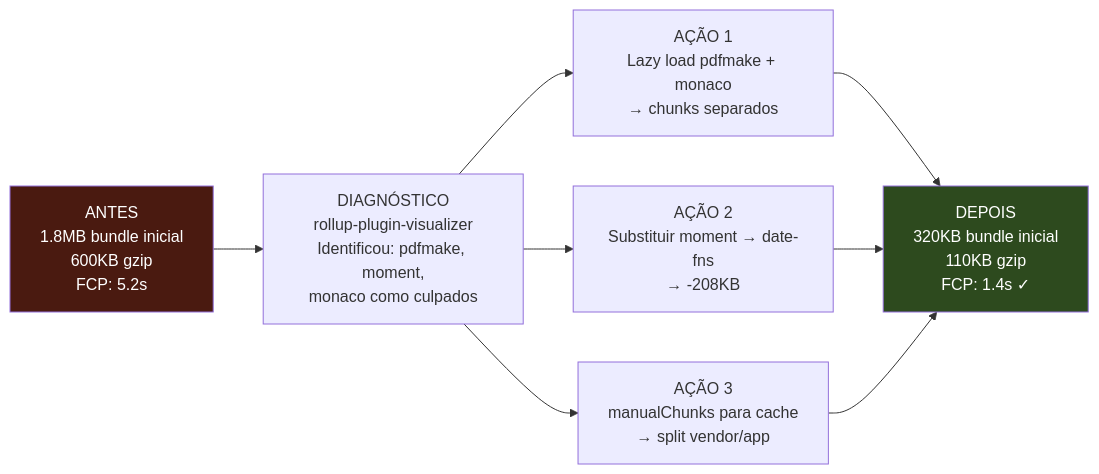
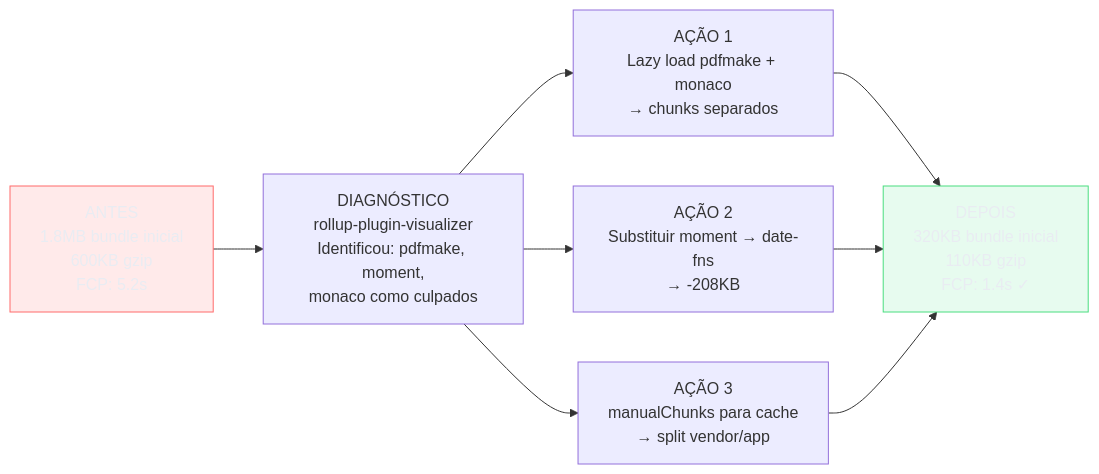
The eighth of 8 diagrams in 03-Dominios/Tecnologia/Tooling e Build/17 - Otimização de bundle.md (josenaldo/codex-technomanticus), drawn with Mermaid before and after one commit. The commit also changed other lines of this file and 1181 other files, not shown here.

First line of the commit message:
fix(diagramas): paleta do sistema no lugar de cor cravada no markdown

````diff
--- a/03-Dominios/Tecnologia/Tooling e Build/17 - Otimização de bundle.md
+++ b/03-Dominios/Tecnologia/Tooling e Build/17 - Otimização de bundle.md
@@ -999,17 +1009,19 @@
 ```mermaid
 flowchart LR
+    classDef falha fill:#FF6B6B24,stroke:#FF6B6B,color:#E9ECF2
+    classDef ok fill:#4ADE8021,stroke:#4ADE80,color:#E9ECF2
     A["ANTES\n1.8MB bundle inicial\n600KB gzip\nFCP: 5.2s"]
     
     B["DIAGNÓSTICO\nrollup-plugin-visualizer\nIdentificou: pdfmake, moment,\nmonaco como culpados"]
     
     C1["AÇÃO 1\nLazy load pdfmake + monaco\n→ chunks separados"]
     C2["AÇÃO 2\nSubstituir moment → date-fns\n→ -208KB"]
     C3["AÇÃO 3\nmanualChunks para cache\n→ split vendor/app"]
 
     D["DEPOIS\n320KB bundle inicial\n110KB gzip\nFCP: 1.4s ✓"]
 
     A --> B --> C1 & C2 & C3 --> D
 
-    style A fill:#4a1a10,color:#fff
-    style D fill:#2d4a1e,color:#fff
+    class A falha
+    class D ok
 ```
````
